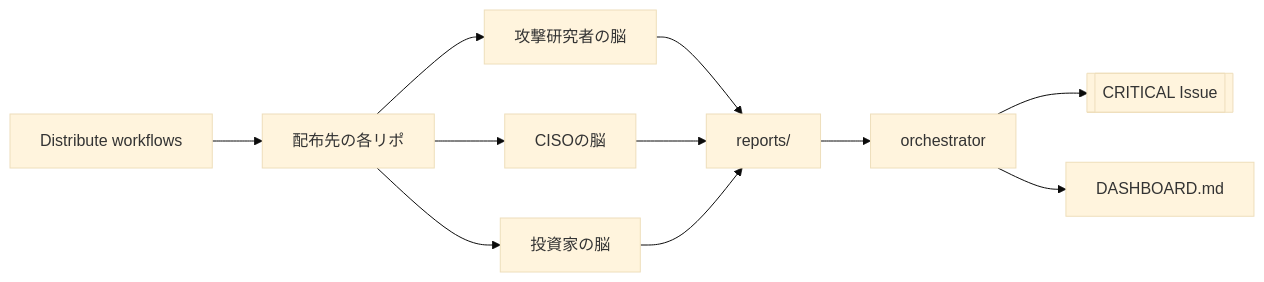
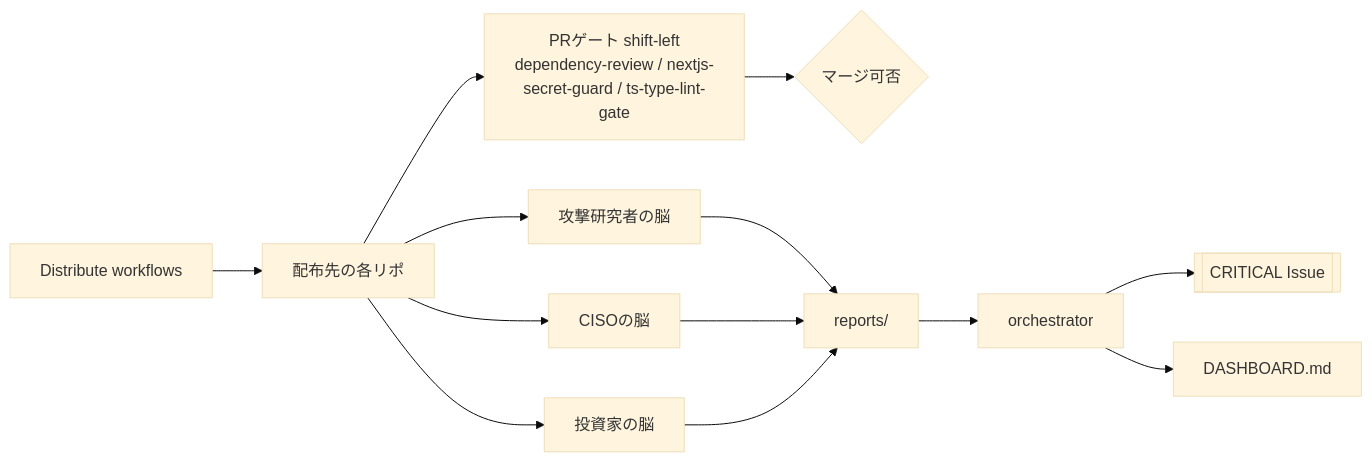
Before and after one commit to mitokawaguchi/security-automation: the diagram in README.md, drawn with Mermaid (base theme). The commit also changed other lines of this file and 26 other files, not shown here.

````diff
--- a/README.md
+++ b/README.md
@@ -23,13 +25,15 @@
 ```mermaid
 flowchart LR
   A[Distribute workflows] --> B[配布先の各リポ]
+  B --> P[PRゲート shift-left<br/>dependency-review / nextjs-secret-guard / ts-type-lint-gate]
+  P --> PR{マージ可否}
   B --> C1[攻撃研究者の脳]
   B --> C2[CISOの脳]
   B --> C3[投資家の脳]
   C1 --> D[reports/]
   C2 --> D
   C3 --> D
   D --> E[orchestrator]
   E --> F[[CRITICAL Issue]]
   E --> G[DASHBOARD.md]
 ```
````
